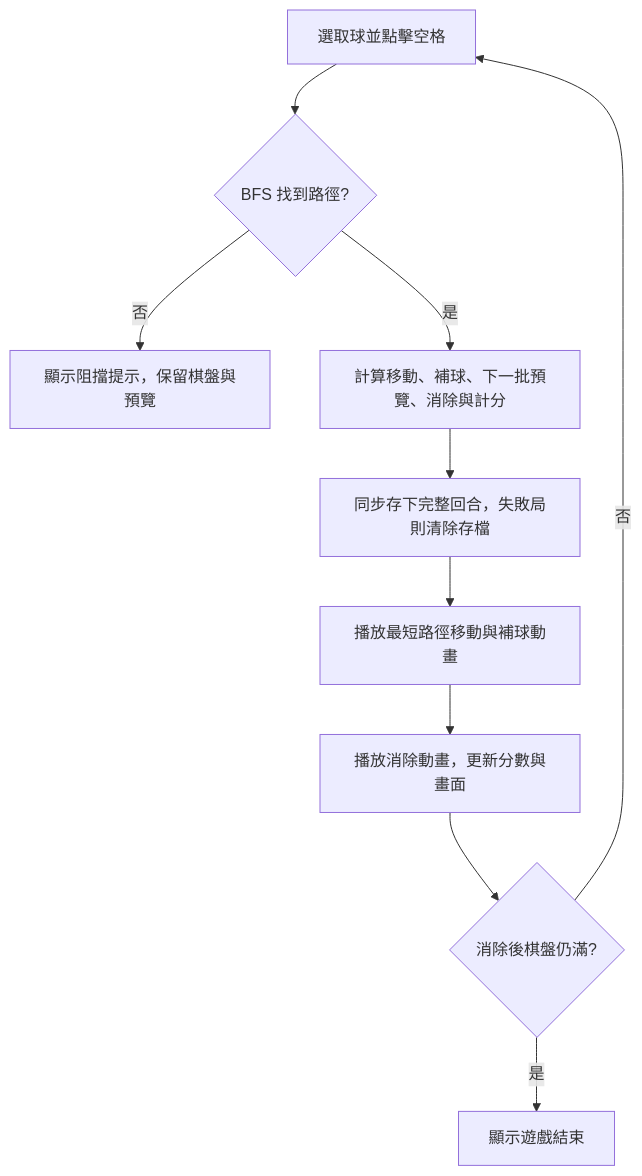
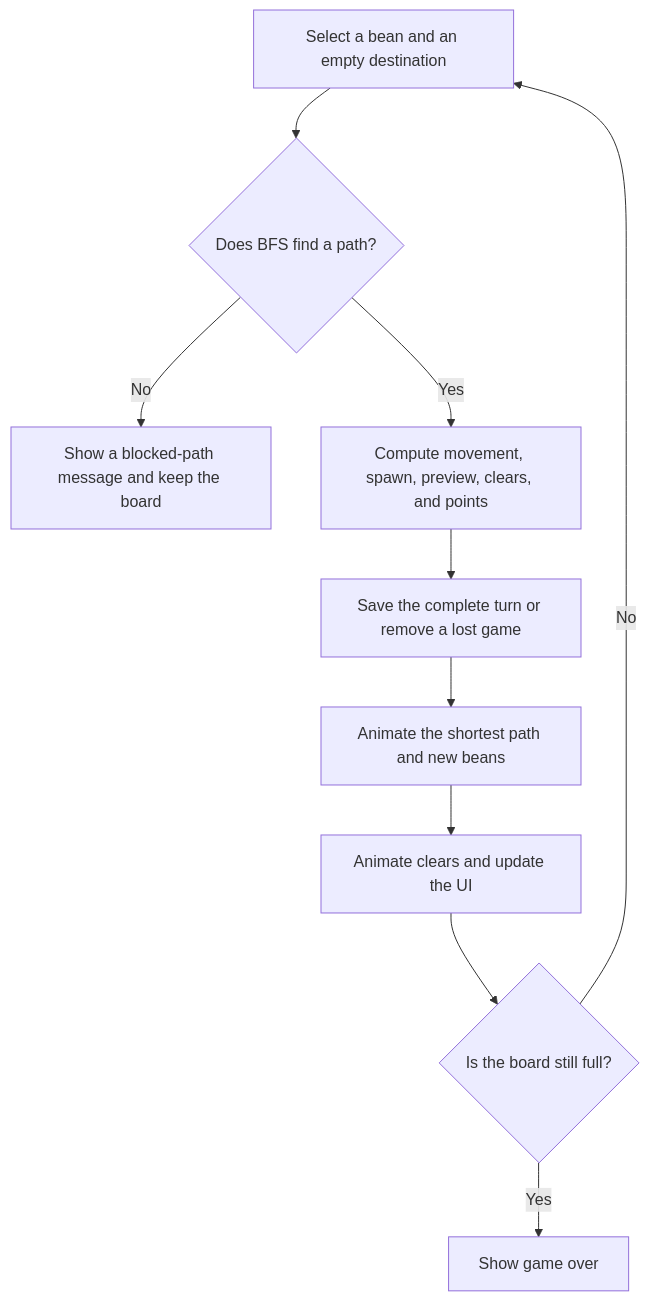
Before and after one commit to M80ta/dotdotgame: the diagram in README.md, drawn with Mermaid. The commit also changed other lines of this file and 20 other files, not shown here.

````diff
--- a/README.md
+++ b/README.md
@@ -99,12 +117,12 @@
 ```mermaid
 flowchart TD
-    A[選取球並點擊空格] --> B{BFS 找到路徑?}
-    B -->|否| C[顯示阻擋提示，保留棋盤與預覽]
-    B -->|是| D[計算移動、補球、下一批預覽、消除與計分]
-    D --> E[同步存下完整回合，失敗局則清除存檔]
-    E --> F[播放最短路徑移動與補球動畫]
-    F --> G[播放消除動畫，更新分數與畫面]
-    G --> H{消除後棋盤仍滿?}
-    H -->|是| I[顯示遊戲結束]
-    H -->|否| A
+    A[Select a bean and an empty destination] --> B{Does BFS find a path?}
+    B -->|No| C[Show a blocked-path message and keep the board]
+    B -->|Yes| D[Compute movement, spawn, preview, clears, and points]
+    D --> E[Save the complete turn or remove a lost game]
+    E --> F[Animate the shortest path and new beans]
+    F --> G[Animate clears and update the UI]
+    G --> H{Is the board still full?}
+    H -->|Yes| I[Show game over]
+    H -->|No| A
 ```
````
